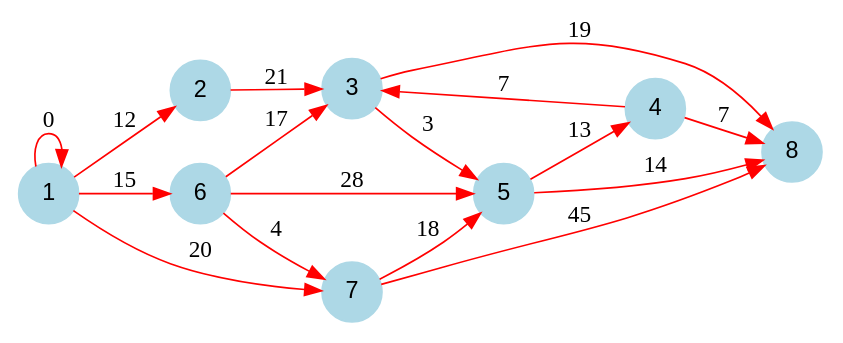
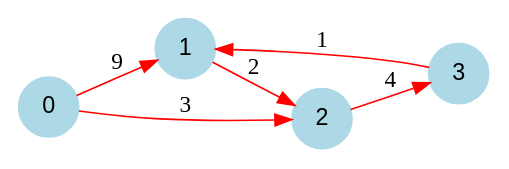
One commit to benech17/Shortest-Path changed the diagram in programme2/output/dot/graph2.dot. Above: the diagram before and after it, drawn with Graphviz. The commit also changed 19 other files, not shown here.

Commit message:
fichier .la to graph (exemple2) + Readme

```diff
--- a/programme2/output/dot/graph2.dot
+++ b/programme2/output/dot/graph2.dot
@@ -1,21 +1,10 @@
 digraph graphe {
 rankdir = LR;
 node [fontname="Arial", shape = circle, color=lightblue, style=filled];
 edge [color=red]
-	1 -> 1 [label = "0"];
-	1 -> 2 [label = "12"];
-	1 -> 6 [label = "15"];
-	1 -> 7 [label = "20"];
-	2 -> 3 [label = "21"];
-	3 -> 5 [label = "3"];
-	3 -> 8 [label = "19"];
-	4 -> 3 [label = "7"];
-	4 -> 8 [label = "7"];
-	5 -> 4 [label = "13"];
-	5 -> 8 [label = "14"];
-	6 -> 3 [label = "17"];
-	6 -> 5 [label = "28"];
-	6 -> 7 [label = "4"];
-	7 -> 5 [label = "18"];
-	7 -> 8 [label = "45"];
+	0 -> 1 [label = "9"];
+	0 -> 2 [label = "3"];
+	1 -> 2 [label = "2"];
+	2 -> 3 [label = "4"];
+	3 -> 1 [label = "1"];
 }
```
